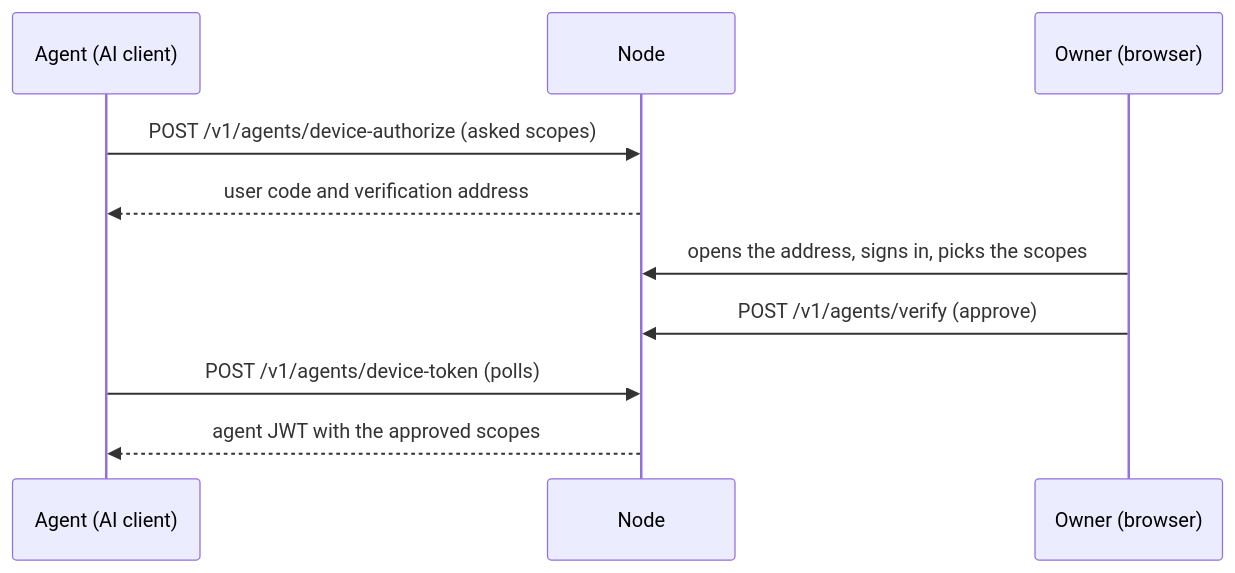
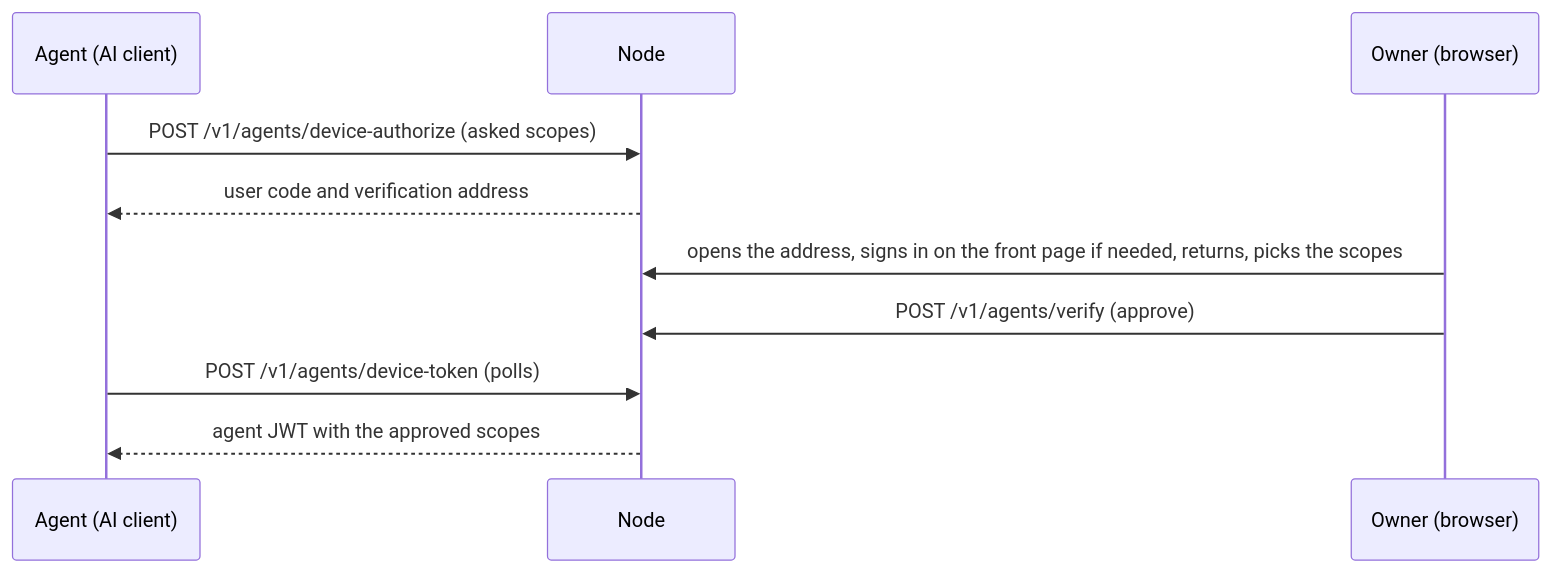
The second of 2 diagrams in docs/it-adoption/04-identity-access.md (miikkij/aimeat-protocol), drawn with Mermaid before and after one commit. The commit also changed 16 other files, not shown here.

````diff
--- a/docs/it-adoption/04-identity-access.md
+++ b/docs/it-adoption/04-identity-access.md
@@ -197,12 +197,12 @@
 ```mermaid
 sequenceDiagram
   participant A as Agent (AI client)
   participant N as Node
   participant O as Owner (browser)
   A->>N: POST /v1/agents/device-authorize (asked scopes)
   N-->>A: user code and verification address
-  O->>N: opens the address, signs in, picks the scopes
+  O->>N: opens the address, signs in on the front page if needed, returns, picks the scopes
   O->>N: POST /v1/agents/verify (approve)
   A->>N: POST /v1/agents/device-token (polls)
   N-->>A: agent JWT with the approved scopes
 ```
````
